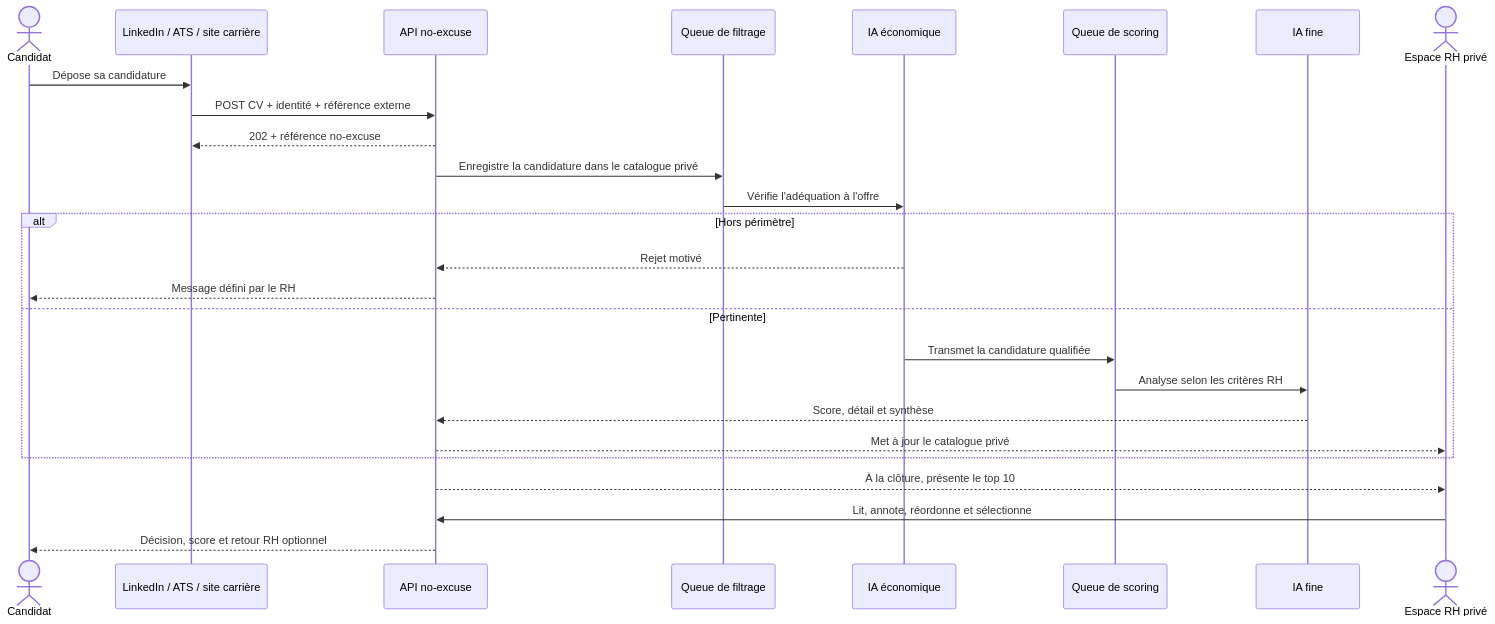
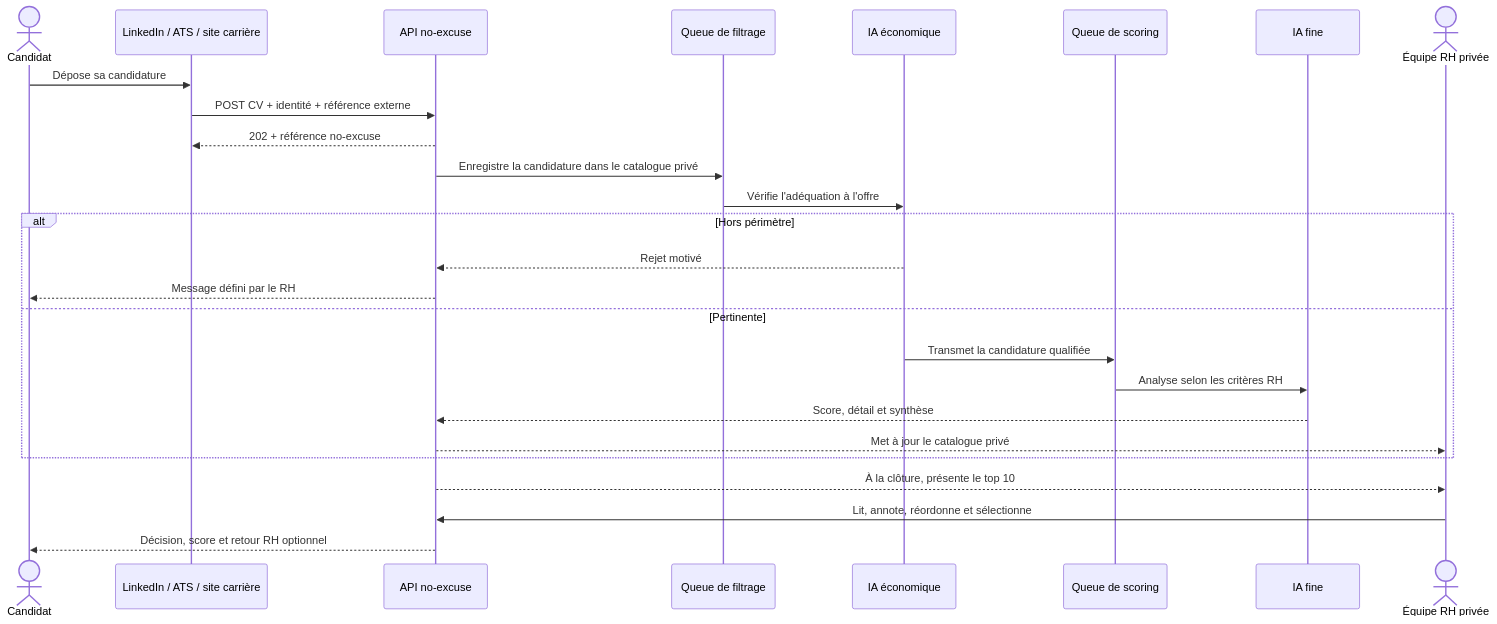
Before and after one commit to Axxon/no-excuse: the diagram in README.md, drawn with Mermaid. The commit also changed other lines of this file and 34 other files, not shown here.

````diff
--- a/README.md
+++ b/README.md
@@ -3,29 +3,29 @@
 ```mermaid
 sequenceDiagram
     actor C as Candidat
     participant X as LinkedIn / ATS / site carrière
     participant API as API no-excuse
     participant Q1 as Queue de filtrage
     participant IA1 as IA économique
     participant Q2 as Queue de scoring
     participant IA2 as IA fine
-    actor RH as Espace RH privé
+    actor RH as Équipe RH privée
 
     C->>X: Dépose sa candidature
     X->>API: POST CV + identité + référence externe
     API-->>X: 202 + référence no-excuse
     API->>Q1: Enregistre la candidature dans le catalogue privé
     Q1->>IA1: Vérifie l'adéquation à l'offre
     alt Hors périmètre
         IA1-->>API: Rejet motivé
         API-->>C: Message défini par le RH
     else Pertinente
         IA1->>Q2: Transmet la candidature qualifiée
         Q2->>IA2: Analyse selon les critères RH
         IA2-->>API: Score, détail et synthèse
         API-->>RH: Met à jour le catalogue privé
     end
     API-->>RH: À la clôture, présente le top 10
     RH->>API: Lit, annote, réordonne et sélectionne
     API-->>C: Décision, score et retour RH optionnel
 ```
````
